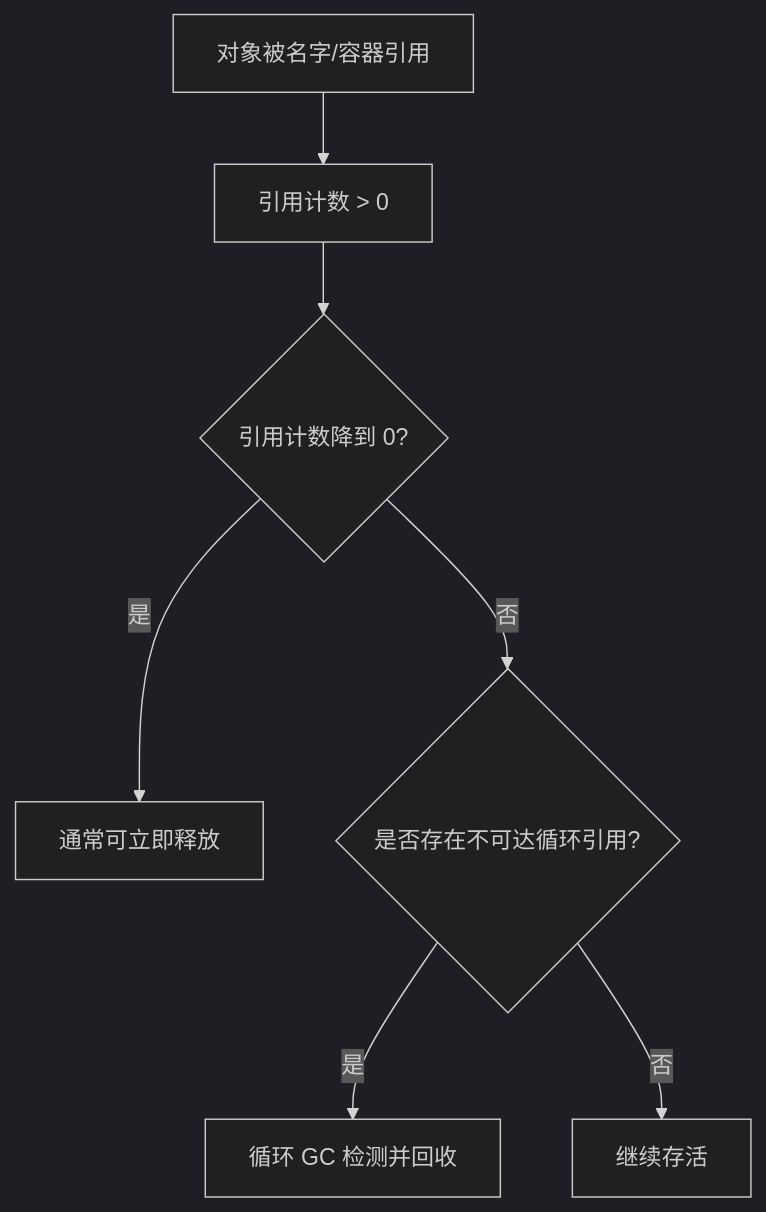
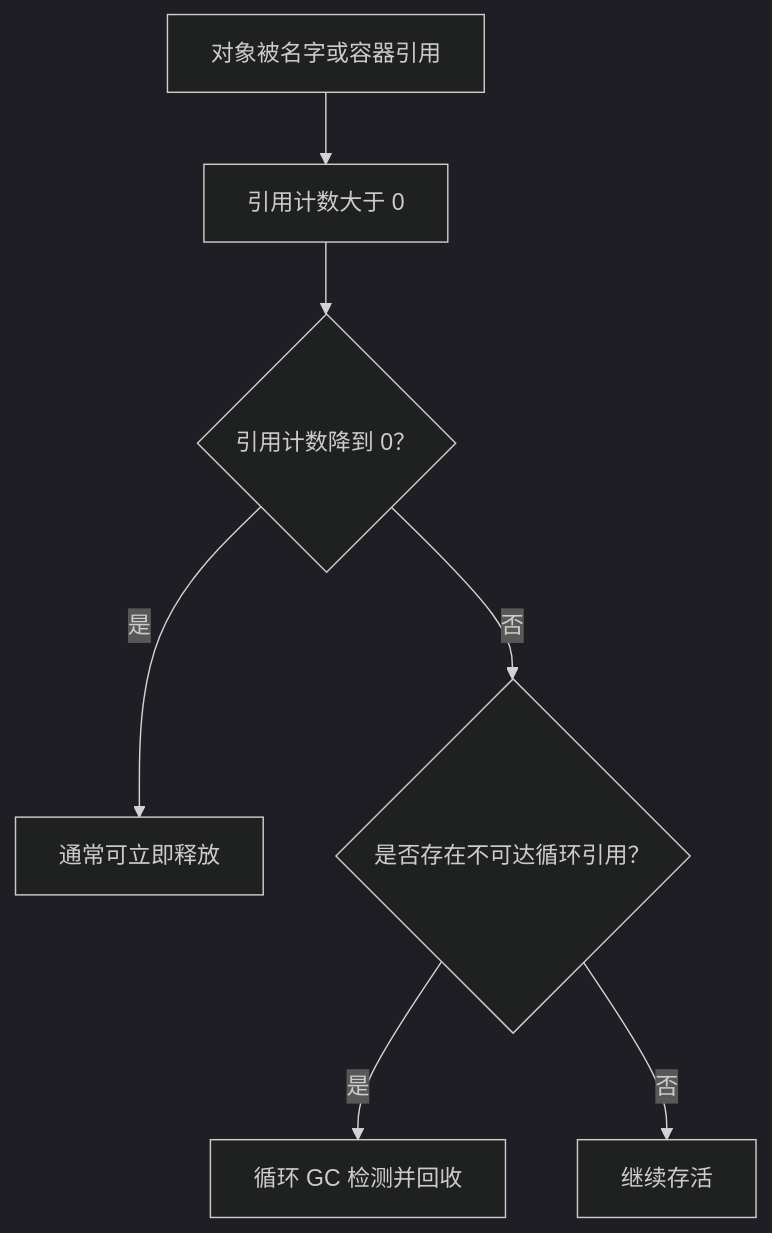
One commit to studyzhige-ui/python-interview-handbook changed the first of 4 diagrams in review/10-内存管理-垃圾回收-GIL-图解与自测.md. Above: the diagram before and after it, drawn with Mermaid (dark theme). The commit also changed other lines of this file and 11 other files, not shown here.

First line of the commit message:
fix: repair Mermaid rendering across review chapters

````diff
--- a/review/10-内存管理-垃圾回收-GIL-图解与自测.md
+++ b/review/10-内存管理-垃圾回收-GIL-图解与自测.md
@@ -7,9 +7,9 @@
 ```mermaid
 flowchart TD
-    A[对象被名字/容器引用] --> B[引用计数 > 0]
-    B --> C{引用计数降到 0?}
-    C -- 是 --> D[通常可立即释放]
-    C -- 否 --> E{是否存在不可达循环引用?}
-    E -- 是 --> F[循环 GC 检测并回收]
-    E -- 否 --> G[继续存活]
+    A["对象被名字或容器引用"] --> B["引用计数大于 0"]
+    B --> C{"引用计数降到 0？"}
+    C -->|是| D["通常可立即释放"]
+    C -->|否| E{"是否存在不可达循环引用？"}
+    E -->|是| F["循环 GC 检测并回收"]
+    E -->|否| G["继续存活"]
 ```
````
